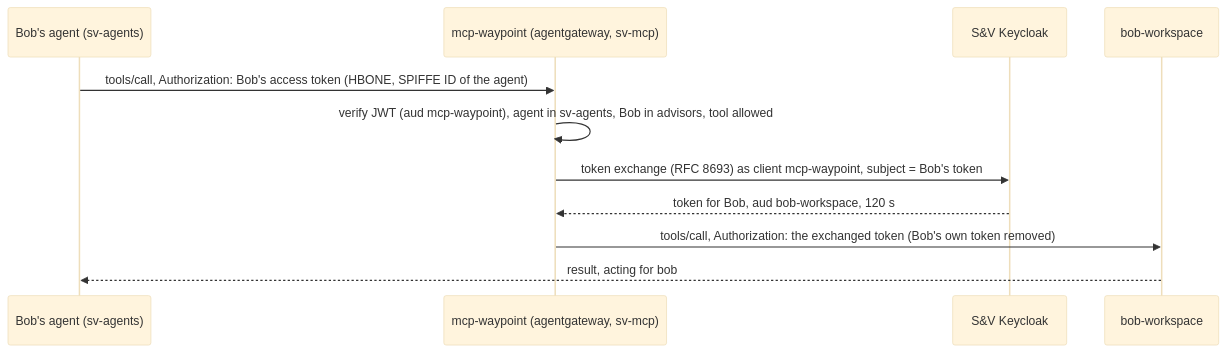
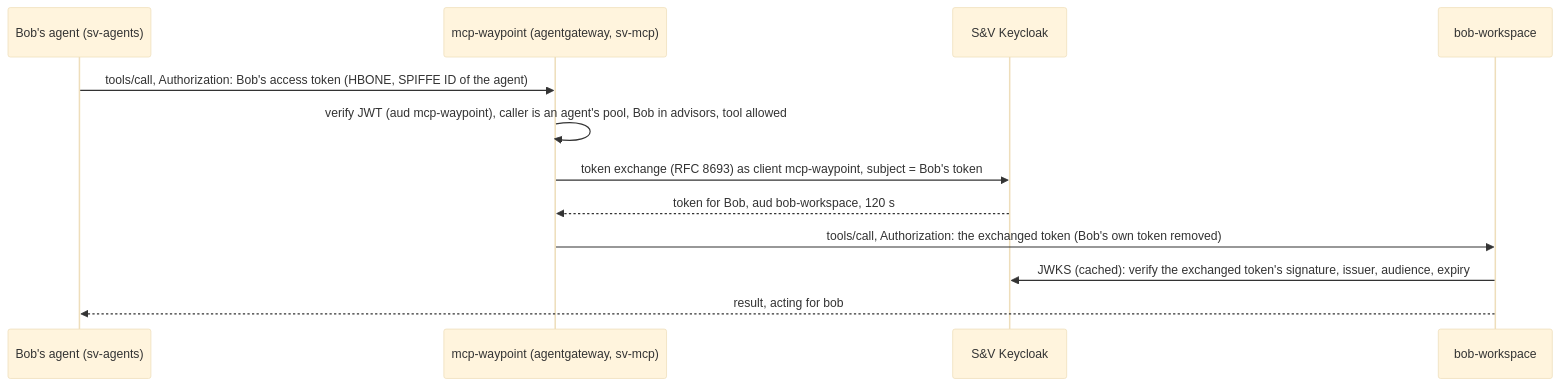
Before and after one commit to nickgamb/solo-lab: the first of 3 diagrams in docs/IDENTITY-FLOWS.md, drawn with Mermaid (base theme). The commit also changed other lines of this file and 43 other files, not shown here.

````diff
--- a/docs/IDENTITY-FLOWS.md
+++ b/docs/IDENTITY-FLOWS.md
@@ -45,13 +45,14 @@
 ```mermaid
 sequenceDiagram
   participant A as Bob's agent (sv-agents)
   participant W as mcp-waypoint (agentgateway, sv-mcp)
   participant K as S&V Keycloak
   participant T as bob-workspace
   A->>W: tools/call, Authorization: Bob's access token (HBONE, SPIFFE ID of the agent)
-  W->>W: verify JWT (aud mcp-waypoint), agent in sv-agents, Bob in advisors, tool allowed
+  W->>W: verify JWT (aud mcp-waypoint), caller is an agent's pool, Bob in advisors, tool allowed
   W->>K: token exchange (RFC 8693) as client mcp-waypoint, subject = Bob's token
   K-->>W: token for Bob, aud bob-workspace, 120 s
   W->>T: tools/call, Authorization: the exchanged token (Bob's own token removed)
+  T->>K: JWKS (cached): verify the exchanged token's signature, issuer, audience, expiry
   T-->>A: result, acting for bob
 ```
````
